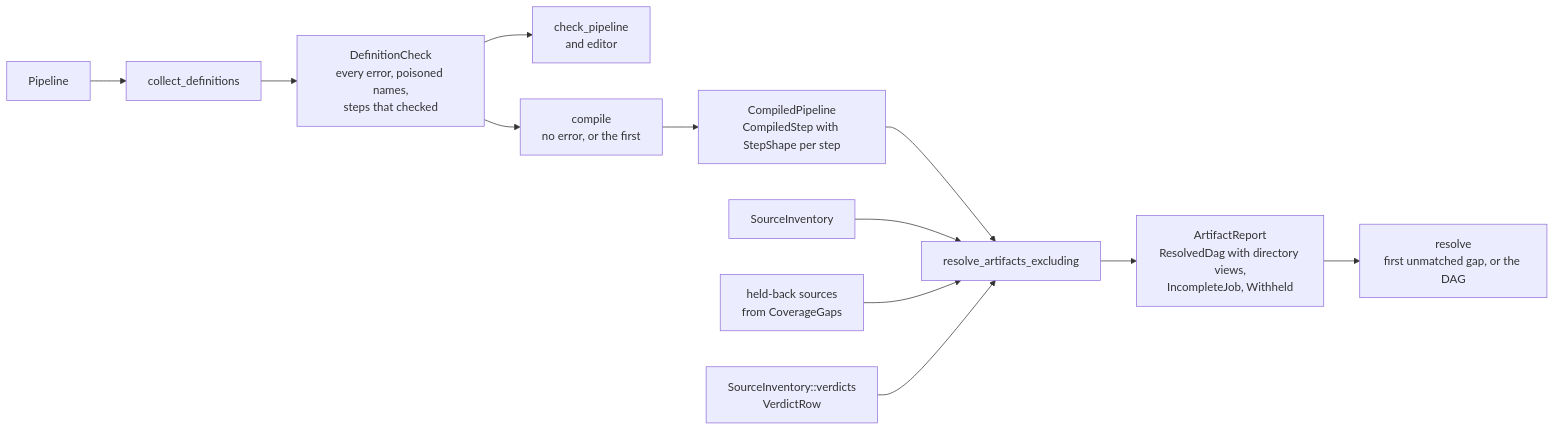
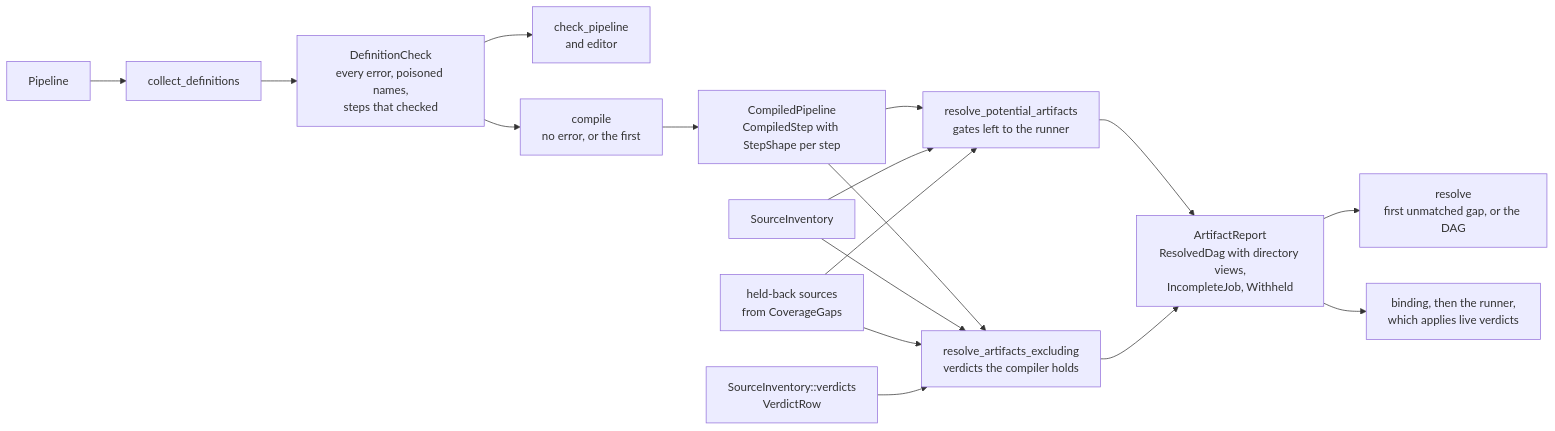
The diagram in docs/architecture/resolution.md (eclnz/spit), drawn with Mermaid before and after one commit. The commit also changed other lines of this file and 11 other files, not shown here.

````diff
--- a/docs/architecture/resolution.md
+++ b/docs/architecture/resolution.md
@@ -5,14 +5,19 @@
 ```mermaid
 flowchart LR
     pipeline["Pipeline"] --> check["collect_definitions"]
     check --> report["DefinitionCheck<br/>every error, poisoned names,<br/>steps that checked"]
     report --> diagnostics["check_pipeline<br/>and editor"]
     report --> compile["compile<br/>no error, or the first"]
     compile --> compiled["CompiledPipeline<br/>CompiledStep with StepShape per step"]
-    compiled --> expand["resolve_artifacts_excluding"]
-    inventory["SourceInventory"] --> expand
-    held["held-back sources<br/>from CoverageGaps"] --> expand
+    compiled --> potential["resolve_potential_artifacts<br/>gates left to the runner"]
+    compiled --> expand["resolve_artifacts_excluding<br/>verdicts the compiler holds"]
+    inventory["SourceInventory"] --> potential
+    inventory --> expand
+    held["held-back sources<br/>from CoverageGaps"] --> potential
+    held --> expand
     verdicts["SourceInventory::verdicts<br/>VerdictRow"] --> expand
-    expand --> artifacts["ArtifactReport<br/>ResolvedDag with directory views,<br/>IncompleteJob, Withheld"]
+    potential --> artifacts["ArtifactReport<br/>ResolvedDag with directory views,<br/>IncompleteJob, Withheld"]
+    expand --> artifacts
     artifacts --> resolve["resolve<br/>first unmatched gap, or the DAG"]
+    artifacts --> bind["binding, then the runner,<br/>which applies live verdicts"]
 ```
````
